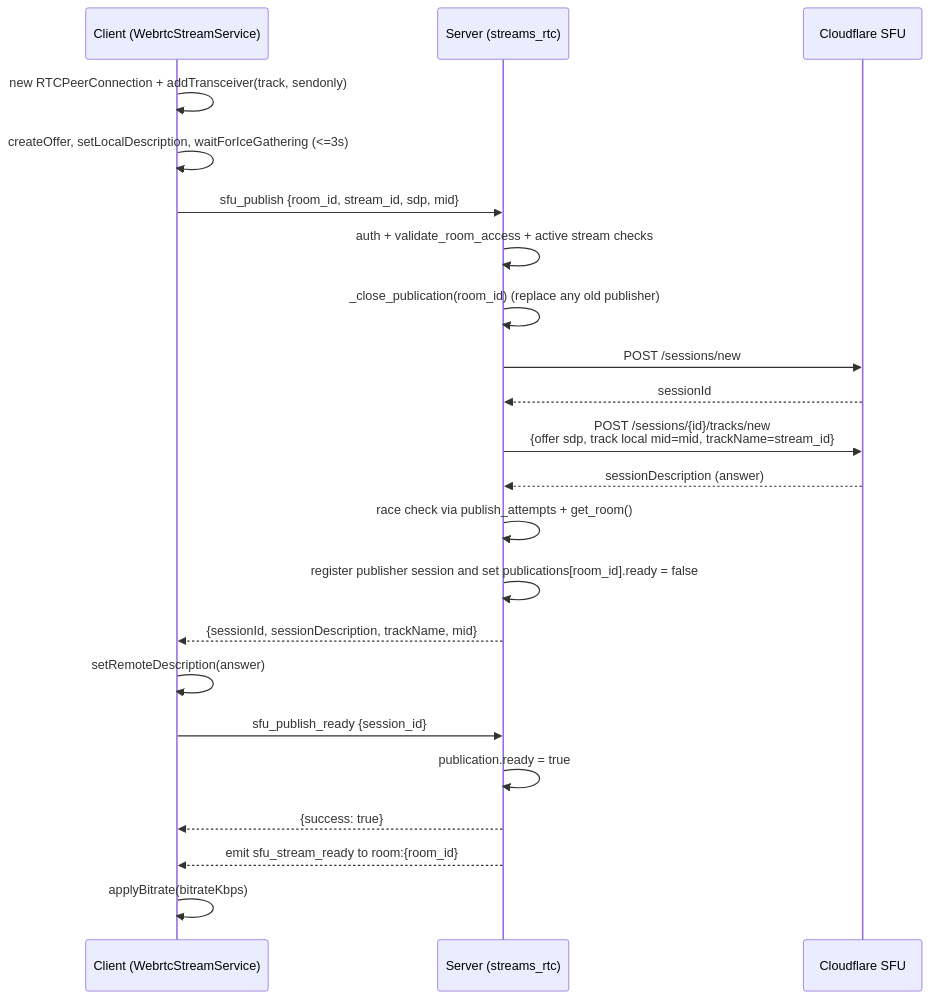
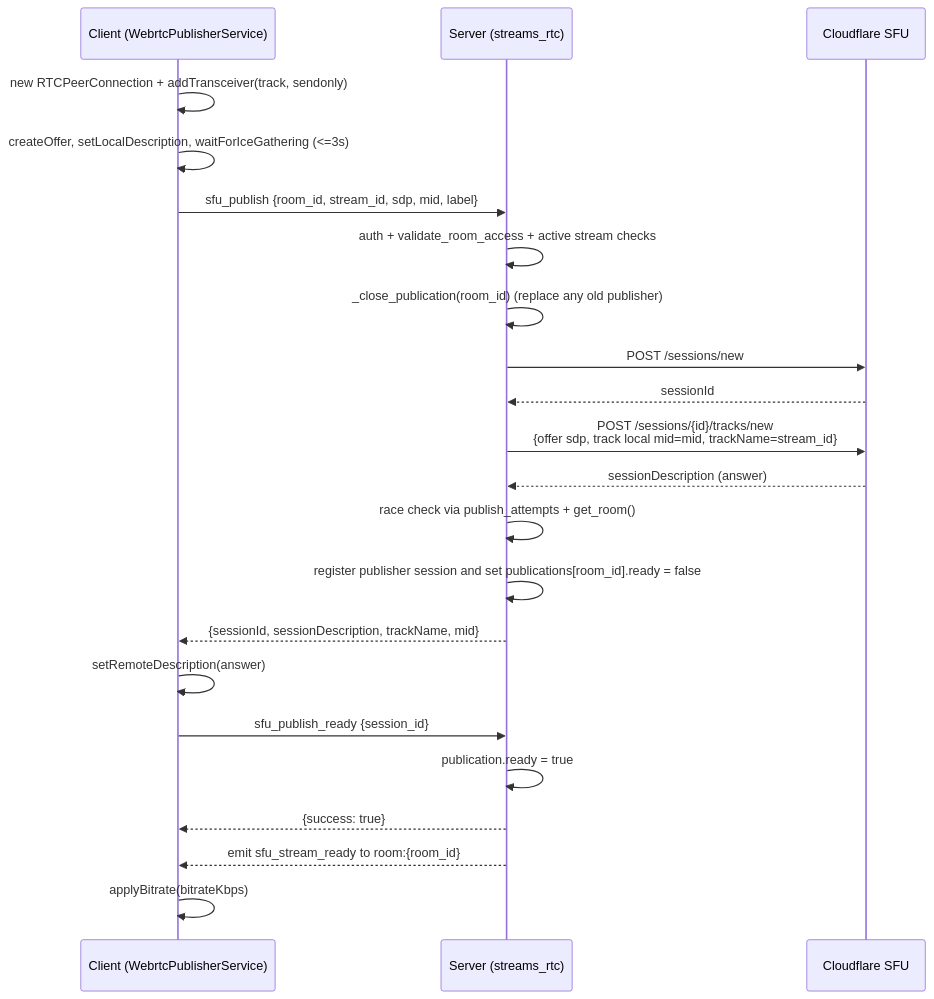
One commit to SmBe19/spark changed the third of 6 diagrams in docs/webrtc.md. Above: the diagram before and after it, drawn with Mermaid. The commit also changed other lines of this file and 17 other files, not shown here.

````diff
--- a/docs/webrtc.md
+++ b/docs/webrtc.md
@@ -124,25 +127,25 @@
 ```mermaid
 sequenceDiagram
-  participant C as Client (WebrtcStreamService)
+  participant C as Client (WebrtcPublisherService)
   participant S as Server (streams_rtc)
   participant F as Cloudflare SFU
 
   C->>C: new RTCPeerConnection + addTransceiver(track, sendonly)
   C->>C: createOffer, setLocalDescription, waitForIceGathering (<=3s)
-  C->>S: sfu_publish {room_id, stream_id, sdp, mid}
+  C->>S: sfu_publish {room_id, stream_id, sdp, mid, label}
   S->>S: auth + validate_room_access + active stream checks
   S->>S: _close_publication(room_id) (replace any old publisher)
   S->>F: POST /sessions/new
   F-->>S: sessionId
   S->>F: POST /sessions/{id}/tracks/new<br/>{offer sdp, track local mid=mid, trackName=stream_id}
   F-->>S: sessionDescription (answer)
   S->>S: race check via publish_attempts + get_room()
   S->>S: register publisher session and set publications[room_id].ready = false
   S-->>C: {sessionId, sessionDescription, trackName, mid}
   C->>C: setRemoteDescription(answer)
   C->>S: sfu_publish_ready {session_id}
   S->>S: publication.ready = true
   S-->>C: {success: true}
   S-->>C: emit sfu_stream_ready to room:{room_id}
   C->>C: applyBitrate(bitrateKbps)
 ```
````
